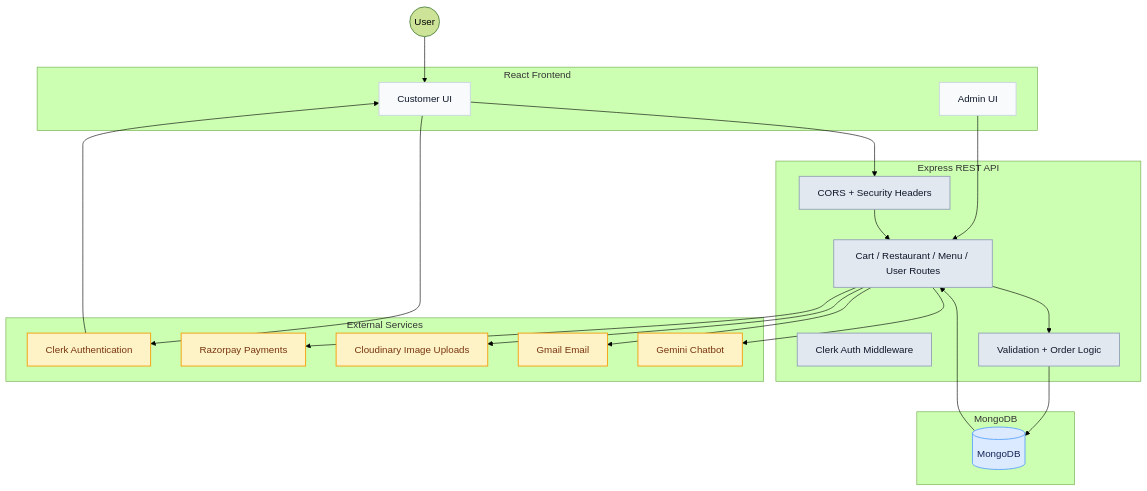
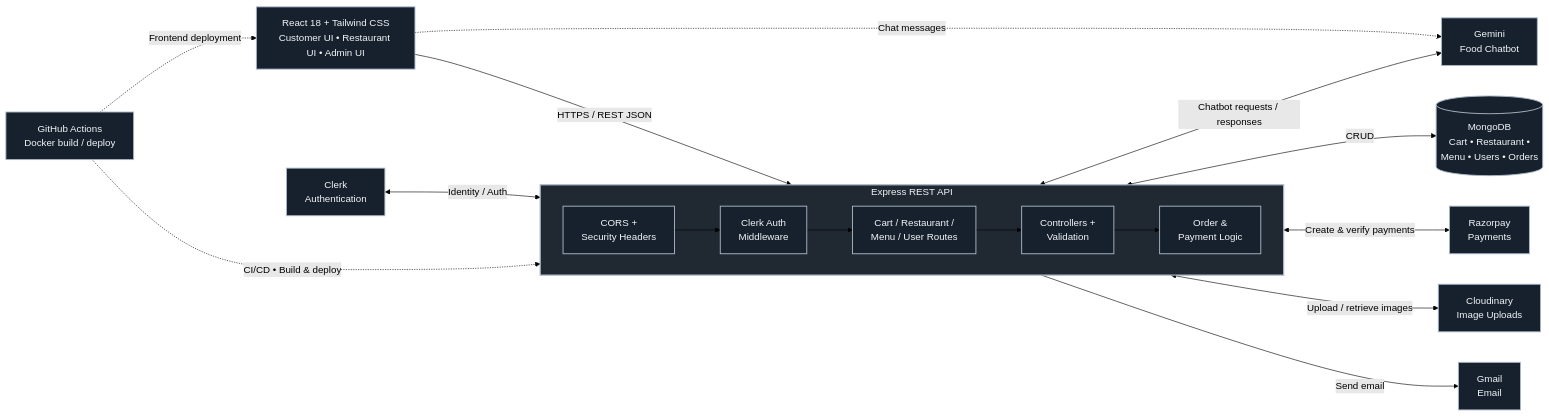
The first of 2 diagrams in README.md (Arjung352/TasteBudsTreat), drawn with Mermaid (forest theme) before and after one commit.

Commit message:
Update architecture diagram in README

````diff
--- a/README.md
+++ b/README.md
@@ -143,51 +143,63 @@
 ```mermaid
-flowchart TD
-    subgraph front_end["React Frontend"]
-        ui["Customer UI"]
-        admin["Admin UI"]
+flowchart LR
+    %% Frontend
+    FE["React 18 + Tailwind CSS<br/>Customer UI • Restaurant UI • Admin UI"]
+
+    %% CI/CD
+    CI["GitHub Actions<br/>Docker build / deploy"]
+
+    %% Backend API
+    subgraph API["Express REST API"]
+        direction LR
+        SEC["CORS +<br/>Security Headers"]
+        AUTH["Clerk Auth<br/>Middleware"]
+        ROUTES["Cart / Restaurant /<br/>Menu / User Routes"]
+        CTRL["Controllers +<br/>Validation"]
+        ORDER["Order &<br/>Payment Logic"]
+
+        SEC --> AUTH --> ROUTES --> CTRL --> ORDER
     end
 
-    subgraph api_layer["Express REST API"]
-        auth["CORS + Security Headers"]
-        clerk_mw["Clerk Auth Middleware"]
-        routes["Cart / Restaurant / Menu / User Routes"]
-        validation["Validation + Order Logic"]
-    end
+    %% Database
+    DB[("MongoDB<br/>Cart • Restaurant •<br/>Menu • Users • Orders")]
 
-    subgraph data_layer["MongoDB"]
-        mongo[("MongoDB")]
-    end
+    %% External services
+    CLERK["Clerk<br/>Authentication"]
+    RAZOR["Razorpay<br/>Payments"]
+    CLOUD["Cloudinary<br/>Image Uploads"]
+    EMAIL["Gmail<br/>Email"]
+    GEMINI["Gemini<br/>Food Chatbot"]
 
-    subgraph integrations["External Services"]
-        clerk["Clerk Authentication"]
-        razorpay["Razorpay Payments"]
-        cloudinary["Cloudinary Image Uploads"]
-        gmail["Gmail Email"]
-        gemini["Gemini Chatbot"]
-    end
+    %% Main request flow
+    FE -->|"HTTPS / REST JSON"| SEC
+    ORDER <-->|"CRUD"| DB
 
-    user(("User")) --> ui
-    admin --> routes
-    ui --> auth
-    auth --> routes
-    routes --> validation
-    validation --> mongo
+    %% External service interactions
+    CLERK <-->|"Identity / Auth"| AUTH
+    ORDER <-->|"Create & verify payments"| RAZOR
+    CTRL <-->|"Upload / retrieve images"| CLOUD
+    CTRL -->|"Send email"| EMAIL
+    ROUTES <-->|"Chatbot requests / responses"| GEMINI
 
-    clerk --> ui
-    ui --> clerk
-    routes --> razorpay
-    routes --> cloudinary
-    routes --> gmail
-    routes --> gemini
-    mongo --> routes
+    %% Deployment flow
+    CI -.->|"CI/CD • Build & deploy"| API
+    CI -.->|"Frontend deployment"| FE
 
-    classDef front fill:#f8fafc,stroke:#cbd5e1,stroke-width:1.5px,color:#0f172a
-    classDef api fill:#e2e8f0,stroke:#94a3b8,stroke-width:1.5px,color:#0f172a
-    classDef data fill:#dbeafe,stroke:#60a5fa,stroke-width:1.5px,color:#172554
-    classDef ext fill:#fef3c7,stroke:#f59e0b,stroke-width:1.5px,color:#78350f
+    %% Chatbot UI interaction
+    FE -.->|"Chat messages"| GEMINI
 
-    class ui,admin front
-    class auth,clerk_mw,routes,validation api
-    class mongo data
-    class clerk,razorpay,cloudinary,gmail,gemini ext
+    %% Styling
+    classDef frontend fill:#17212d,stroke:#aab8c8,color:#f1f5f9,stroke-width:1.5px
+    classDef backend fill:#17212d,stroke:#aab8c8,color:#f1f5f9,stroke-width:1.5px
+    classDef database fill:#17212d,stroke:#aab8c8,color:#f1f5f9,stroke-width:1.5px
+    classDef external fill:#17212d,stroke:#aab8c8,color:#f1f5f9,stroke-width:1.5px
+    classDef deployment fill:#17212d,stroke:#aab8c8,color:#f1f5f9,stroke-width:1.5px
+
+    class FE frontend
+    class SEC,AUTH,ROUTES,CTRL,ORDER backend
+    class DB database
+    class CLERK,RAZOR,CLOUD,EMAIL,GEMINI external
+    class CI deployment
+
+    style API fill:#202832,stroke:#aab8c8,color:#f1f5f9,stroke-width:2px
 ```
````
